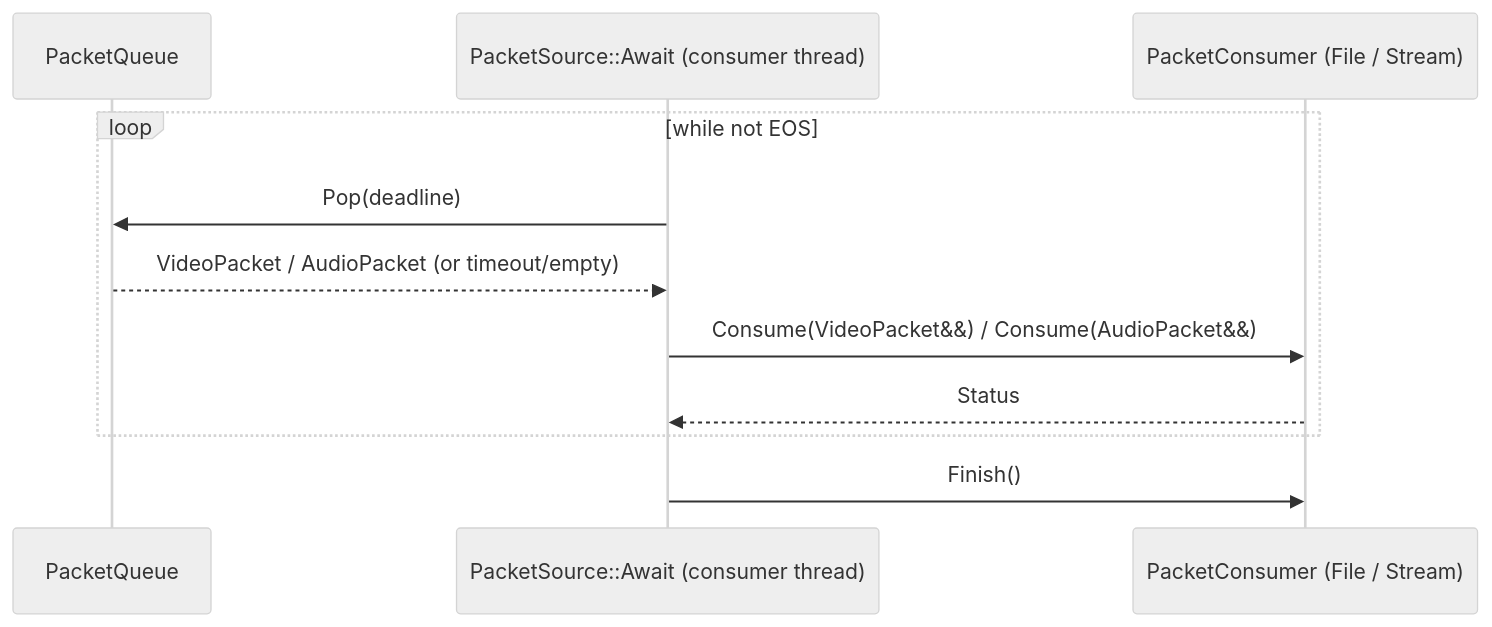
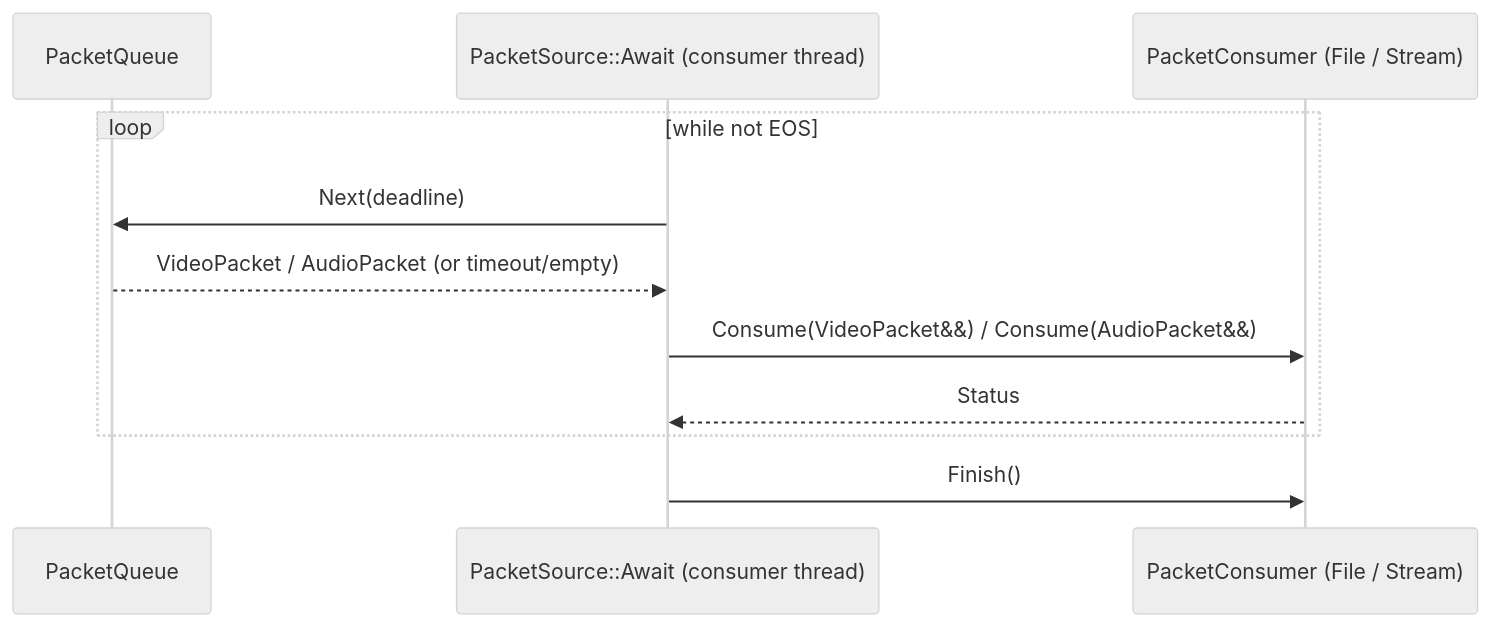
Before and after one commit to oxsource/video_codec: the second of 2 diagrams in codec/doc/architecture/output-queue.md, drawn with Mermaid (neutral theme). The commit also changed other lines of this file and 13 other files, not shown here.

First line of the commit message:
refactor(queue): rename PacketSource::Pop to Next

````diff
--- a/codec/doc/architecture/output-queue.md
+++ b/codec/doc/architecture/output-queue.md
@@ -58,13 +58,13 @@
 ```mermaid
 sequenceDiagram
     participant Q as PacketQueue
     participant P as PacketSource::Await (consumer thread)
     participant C as PacketConsumer (File / Stream)
     loop while not EOS
-        P->>Q: Pop(deadline)
+        P->>Q: Next(deadline)
         Q-->>P: VideoPacket / AudioPacket (or timeout/empty)
         P->>C: Consume(VideoPacket&&) / Consume(AudioPacket&&)
         C-->>P: Status
     end
     P->>C: Finish()
 ```
````
